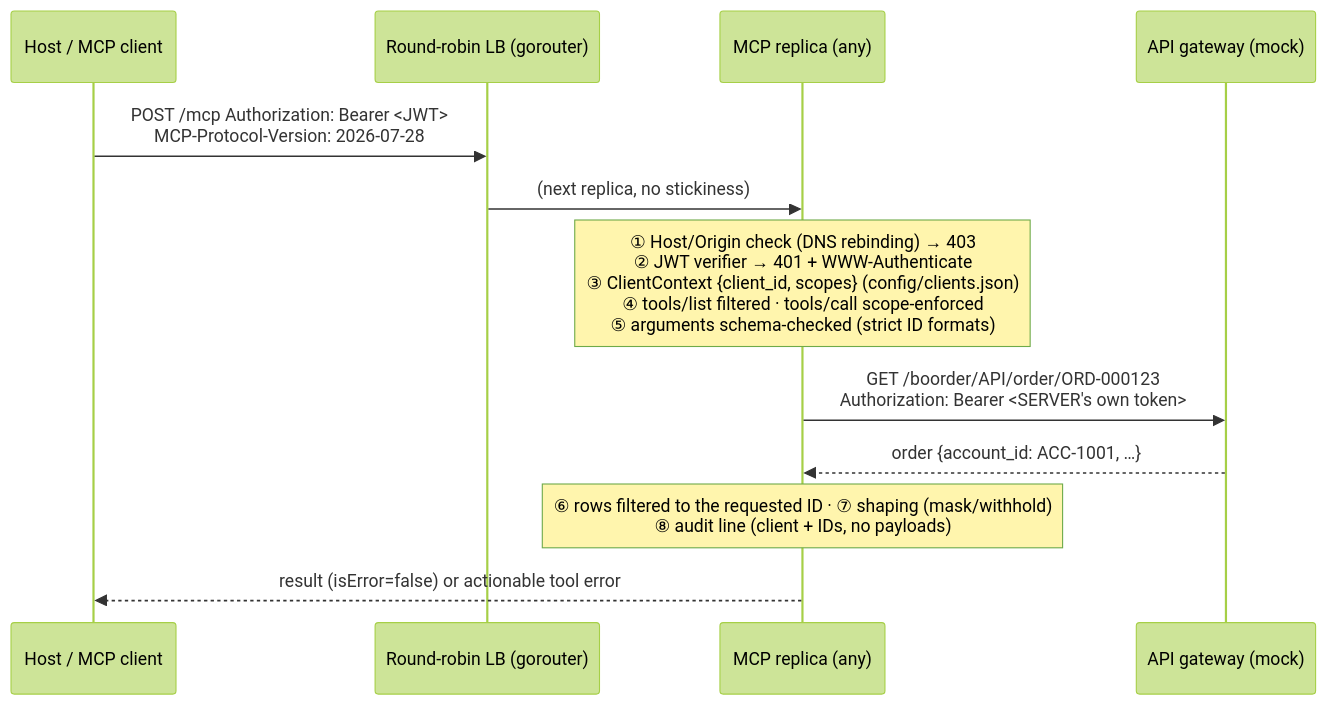
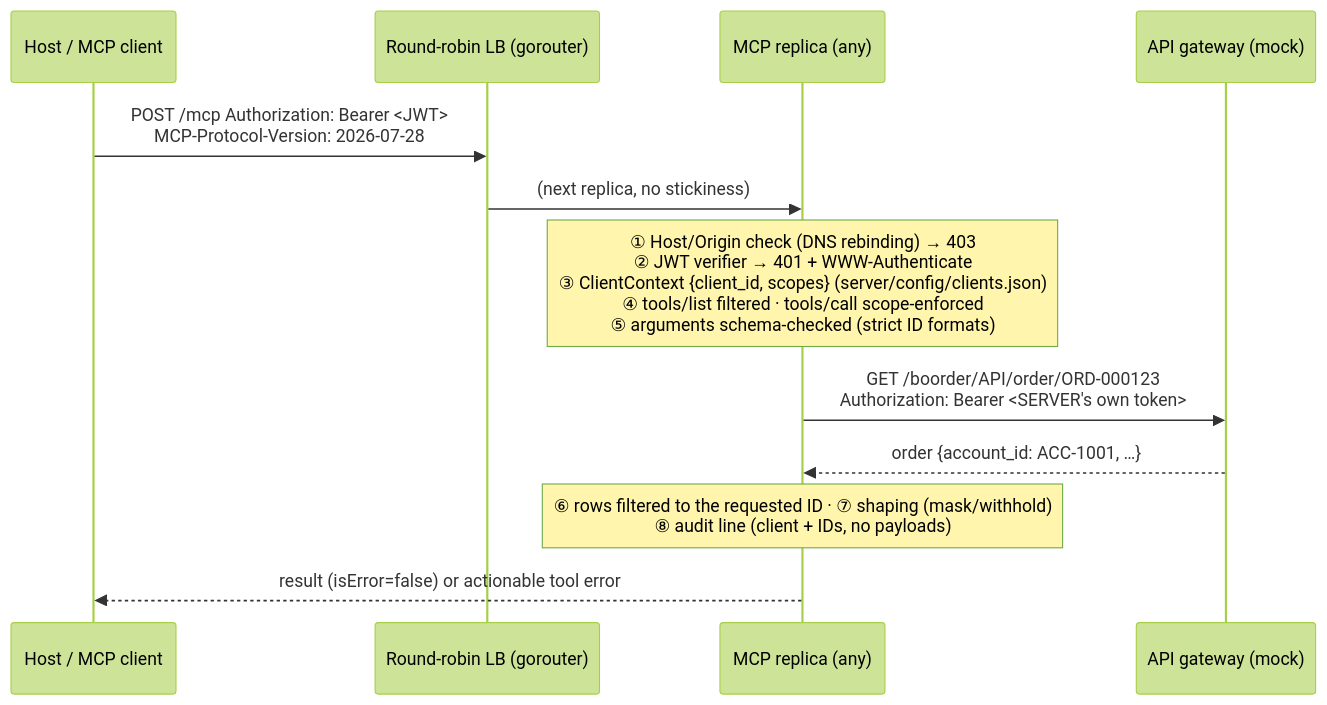
The diagram in docs/04-http-security-scaling.md (teja1989/Intel-Inteligence-mcp), drawn with Mermaid (forest theme) before and after one commit. The commit also changed other lines of this file and 164 other files, not shown here.

````diff
--- a/docs/04-http-security-scaling.md
+++ b/docs/04-http-security-scaling.md
@@ -23,14 +23,14 @@
 ```mermaid
 sequenceDiagram
     participant H as Host / MCP client
     participant LB as Round-robin LB (gorouter)
     participant S as MCP replica (any)
     participant G as API gateway (mock)
     H->>LB: POST /mcp  Authorization: Bearer <JWT><br/>MCP-Protocol-Version: 2026-07-28
     LB->>S: (next replica, no stickiness)
-    Note over S: ① Host/Origin check (DNS rebinding) → 403<br/>② JWT verifier → 401 + WWW-Authenticate<br/>③ ClientContext {client_id, scopes} (config/clients.json)<br/>④ tools/list filtered · tools/call scope-enforced<br/>⑤ arguments schema-checked (strict ID formats)
+    Note over S: ① Host/Origin check (DNS rebinding) → 403<br/>② JWT verifier → 401 + WWW-Authenticate<br/>③ ClientContext {client_id, scopes} (server/config/clients.json)<br/>④ tools/list filtered · tools/call scope-enforced<br/>⑤ arguments schema-checked (strict ID formats)
     S->>G: GET /boorder/API/order/ORD-000123<br/>Authorization: Bearer <SERVER's own token>
     G-->>S: order {account_id: ACC-1001, …}
     Note over S: ⑥ rows filtered to the requested ID · ⑦ shaping (mask/withhold)<br/>⑧ audit line (client + IDs, no payloads)
     S-->>H: result (isError=false) or actionable tool error
 ```
````
